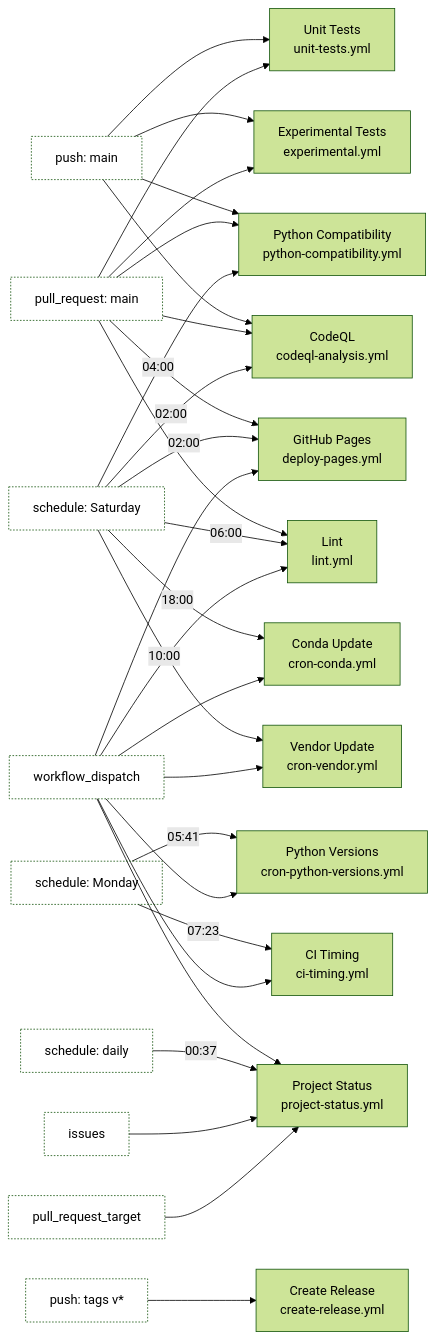
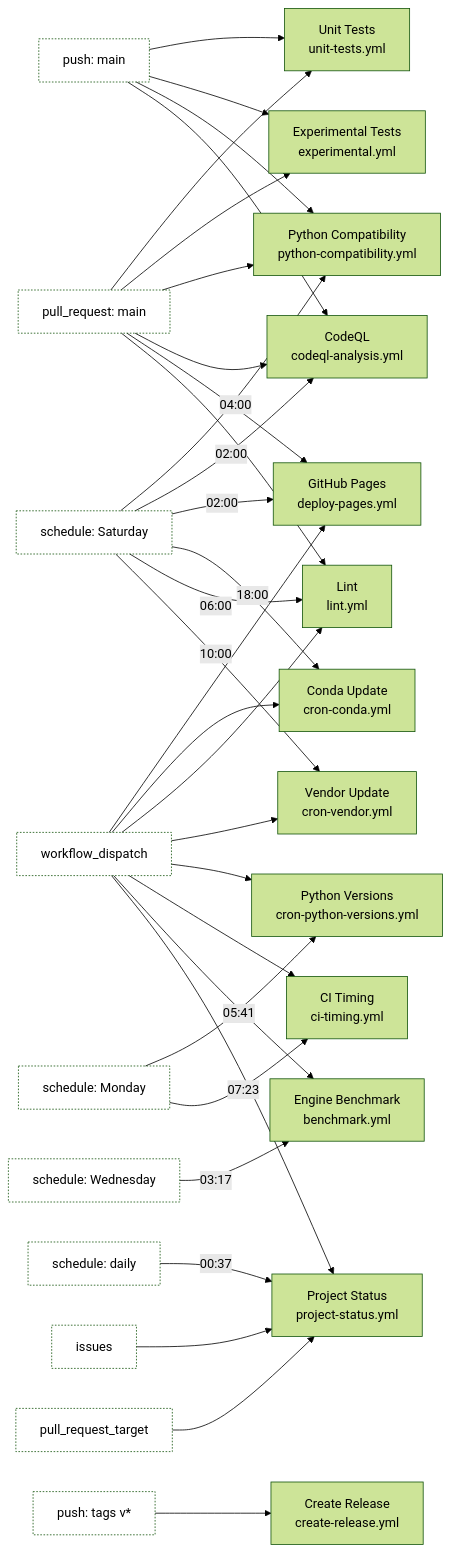
The first of 3 diagrams in docs/source/contributing/workflows.rst (JarryShaw/PyPCAPKit), drawn with Mermaid (forest theme) before and after one commit. The commit also changed other lines of this file and 9 other files, not shown here.

First line of the commit message:
ci(benchmark): run the engine benchmark on Actions and post the report to Discussions (#2125)

```diff
--- a/docs/source/contributing/workflows.rst
+++ b/docs/source/contributing/workflows.rst
@@ -153,69 +160,74 @@
 .. mermaid::
 
    flowchart LR
        PUSH["push: main"]
        PR["pull_request: main"]
        SAT["schedule: Saturday"]
        MON["schedule: Monday"]
+       WED["schedule: Wednesday"]
        DISPATCH["workflow_dispatch"]
        DAILY["schedule: daily"]
        ISSUES["issues"]
        PRT["pull_request_target"]
        TAG["push: tags v*"]
 
        UT["Unit Tests<br/>unit-tests.yml"]
        EX["Experimental Tests<br/>experimental.yml"]
        PC["Python Compatibility<br/>python-compatibility.yml"]
        CQ["CodeQL<br/>codeql-analysis.yml"]
        GP["GitHub Pages<br/>deploy-pages.yml"]
        CU["Conda Update<br/>cron-conda.yml"]
        LT["Lint<br/>lint.yml"]
        VU["Vendor Update<br/>cron-vendor.yml"]
        PV["Python Versions<br/>cron-python-versions.yml"]
        CT["CI Timing<br/>ci-timing.yml"]
+       BM["Engine Benchmark<br/>benchmark.yml"]
        PS["Project Status<br/>project-status.yml"]
        CR["Create Release<br/>create-release.yml"]
 
        PUSH --> UT
        PR --> UT
 
        PUSH --> EX
        PR --> EX
 
        PUSH --> PC
        PR --> PC
        SAT -->|04:00| PC
 
        PUSH --> CQ
        PR --> CQ
        SAT -->|02:00| CQ
 
        PR --> GP
        SAT -->|02:00| GP
        DISPATCH --> GP
 
        SAT -->|18:00| CU
        DISPATCH --> CU
 
        PR --> LT
        SAT -->|06:00| LT
        DISPATCH --> LT
 
        SAT -->|10:00| VU
        DISPATCH --> VU
 
        MON -->|05:41| PV
        DISPATCH --> PV
 
        MON -->|07:23| CT
        DISPATCH --> CT
 
+       WED -->|03:17| BM
+       DISPATCH --> BM
+
        DISPATCH --> PS
        DAILY -->|00:37| PS
        ISSUES --> PS
        PRT --> PS
 
        TAG --> CR
 
        classDef trig fill:none,stroke-dasharray:2 2
-       class PUSH,PR,SAT,MON,DISPATCH,DAILY,ISSUES,PRT,TAG trig
+       class PUSH,PR,SAT,MON,WED,DISPATCH,DAILY,ISSUES,PRT,TAG trig
```
